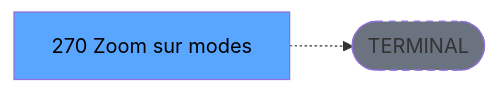
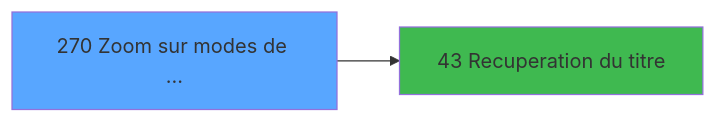
Before and after one commit to thonyAGP/magic-migration: the third of 3 diagrams in .openspec/specs/ADH-IDE-270.md, drawn with Mermaid. The commit also changed other lines of this file and 493 other files, not shown here.

````diff
--- a/.openspec/specs/ADH-IDE-270.md
+++ b/.openspec/specs/ADH-IDE-270.md
@@ -138,8 +190,8 @@
 ```mermaid
 graph LR
-    T[270 Zoom sur modes ]
-    TERM([TERMINAL])
-    T -.-> TERM
-    style TERM fill:#6b7280,stroke-dasharray: 5 5
-    style T fill:#58a6ff,color:#000
+    T270[270 Zoom sur modes de ...]
+    style T270 fill:#58a6ff
+    C43[43 Recuperation du titre]
+    T270 --> C43
+    style C43 fill:#3fb950
 ```
````
